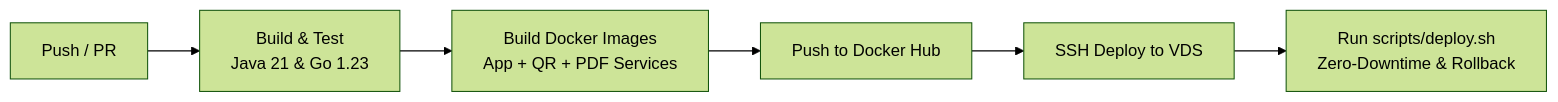
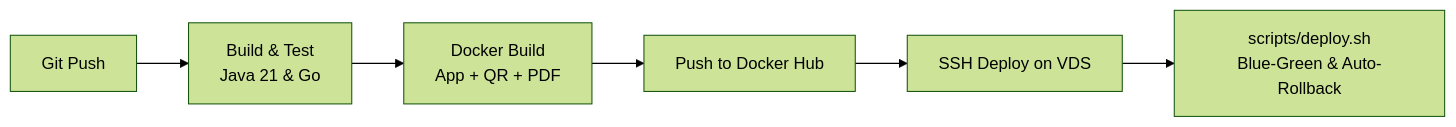
One commit to AndreyJVM/portfolio-service changed the second of 2 diagrams in README.md. Above: the diagram before and after it, drawn with Mermaid (forest theme). The commit also changed other lines of this file, not shown here.

````diff
--- a/README.md
+++ b/README.md
@@ -280,8 +99,8 @@
 ```mermaid
 flowchart LR
-    A[Push / PR] --> B[Build & Test<br/>Java 21 & Go 1.23]
-    B --> C[Build Docker Images<br/>App + QR + PDF Services]
+    A[Git Push] --> B[Build & Test<br/>Java 21 & Go]
+    B --> C[Docker Build<br/>App + QR + PDF]
     C --> D[Push to Docker Hub]
-    D --> E[SSH Deploy to VDS]
-    E --> F[Run scripts/deploy.sh<br/>Zero-Downtime & Rollback]
+    D --> E[SSH Deploy on VDS]
+    E --> F[scripts/deploy.sh<br/>Blue-Green & Auto-Rollback]
 ```
````
